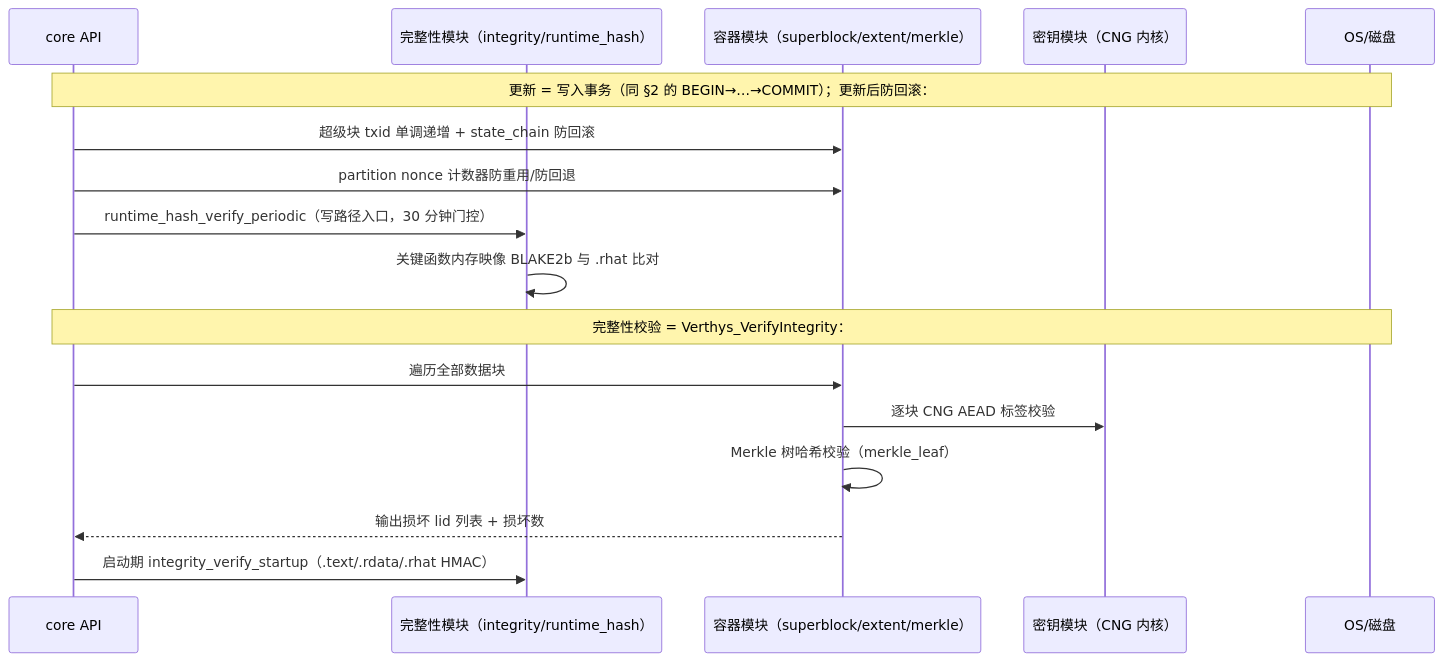
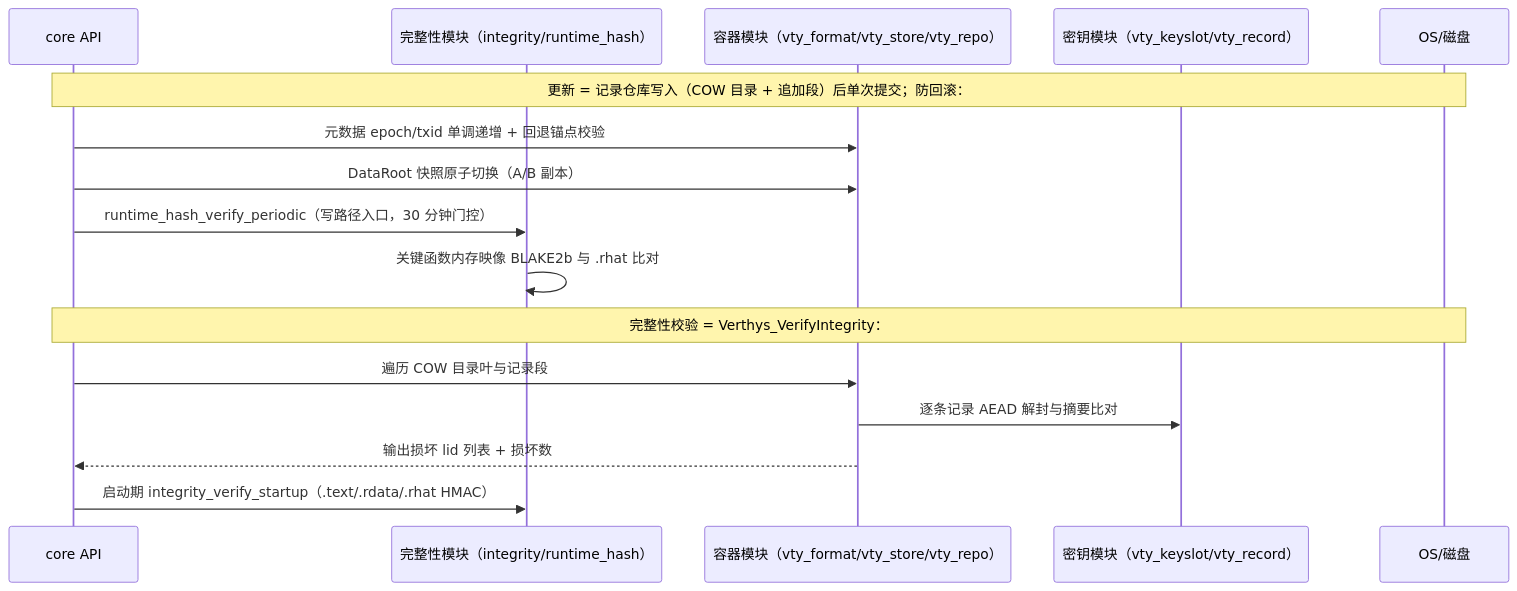
Before and after one commit to K1Super/Verthys: the fourth of 6 diagrams in docs/DATA_FLOW.md, drawn with Mermaid. The commit also changed other lines of this file and 583 other files, not shown here.

````diff
--- a/docs/DATA_FLOW.md
+++ b/docs/DATA_FLOW.md
@@ -98,19 +91,18 @@
 ```mermaid
 sequenceDiagram
     participant API as core API
     participant INT as 完整性模块（integrity/runtime_hash）
-    participant CT as 容器模块（superblock/extent/merkle）
-    participant KM as 密钥模块（CNG 内核）
+    participant CT as 容器模块（vty_format/vty_store/vty_repo）
+    participant KM as 密钥模块（vty_keyslot/vty_record）
     participant OS as OS/磁盘
-    Note over API,OS: 更新 = 写入事务（同 §2 的 BEGIN→…→COMMIT）；更新后防回滚：
-    API->>CT: 超级块 txid 单调递增 + state_chain 防回滚
-    API->>CT: partition nonce 计数器防重用/防回退
+    Note over API,OS: 更新 = 记录仓库写入（COW 目录 + 追加段）后单次提交；防回滚：
+    API->>CT: 元数据 epoch/txid 单调递增 + 回退锚点校验
+    API->>CT: DataRoot 快照原子切换（A/B 副本）
     API->>INT: runtime_hash_verify_periodic（写路径入口，30 分钟门控）
     INT->>INT: 关键函数内存映像 BLAKE2b 与 .rhat 比对
     Note over API,OS: 完整性校验 = Verthys_VerifyIntegrity：
-    API->>CT: 遍历全部数据块
-    CT->>KM: 逐块 CNG AEAD 标签校验
-    CT->>CT: Merkle 树哈希校验（merkle_leaf）
+    API->>CT: 遍历 COW 目录叶与记录段
+    CT->>KM: 逐条记录 AEAD 解封与摘要比对
     CT-->>API: 输出损坏 lid 列表 + 损坏数
     API->>INT: 启动期 integrity_verify_startup（.text/.rdata/.rhat HMAC）
 ```
````
